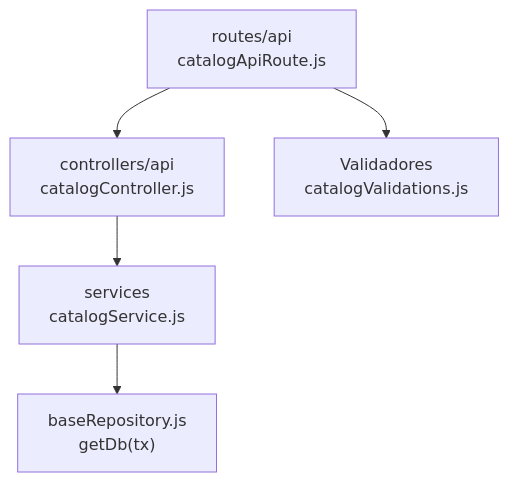
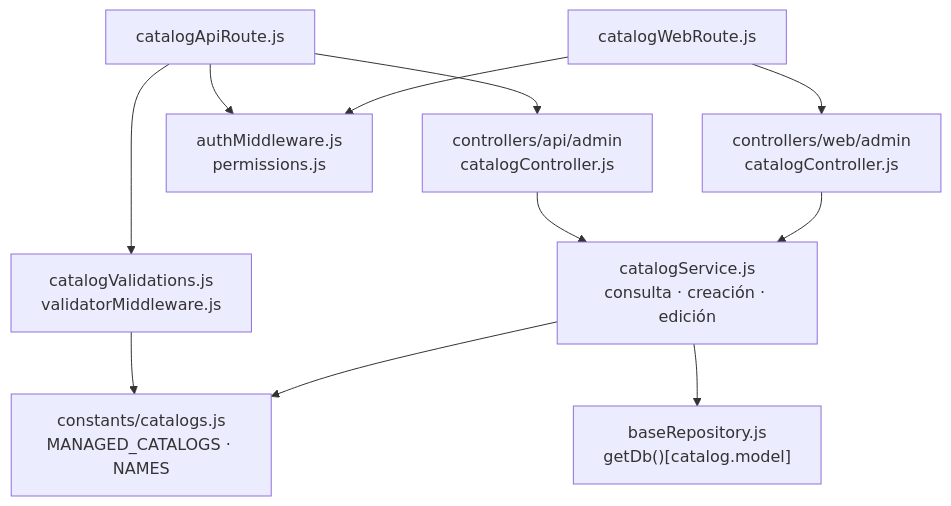
The diagram in docs/architecture/views/development/backend-technical-documentation/16-catalogs-code.md (gpgsistemas01/nexus), drawn with Mermaid before and after one commit. The commit also changed other lines of this file and 12 other files, not shown here.

````diff
--- a/docs/architecture/views/development/backend-technical-documentation/16-catalogs-code.md
+++ b/docs/architecture/views/development/backend-technical-documentation/16-catalogs-code.md
@@ -7,12 +17,13 @@
 ```mermaid
 flowchart TB
-    R["routes/api<br/>catalogApiRoute.js"]
-    C["controllers/api<br/>catalogController.js"]
-    S["services<br/>catalogService.js"]
-    V["Validadores<br/>catalogValidations.js"]
-    P["baseRepository.js<br/>getDb(tx)"]
-    C --> S
-    R --> C
-    R --> V
-    S --> P
+    api["catalogApiRoute.js"] --> controller["controllers/api/admin<br/>catalogController.js"]
+    api --> auth["authMiddleware.js<br/>permissions.js"]
+    api --> validators["catalogValidations.js<br/>validatorMiddleware.js"]
+    web["catalogWebRoute.js"] --> webController["controllers/web/admin<br/>catalogController.js"]
+    web --> auth
+    controller --> service["catalogService.js<br/>consulta · creación · edición"]
+    webController --> service
+    validators --> registry["constants/catalogs.js<br/>MANAGED_CATALOGS · NAMES"]
+    service --> registry
+    service --> db["baseRepository.js<br/>getDb()[catalog.model]"]
 ```
````
